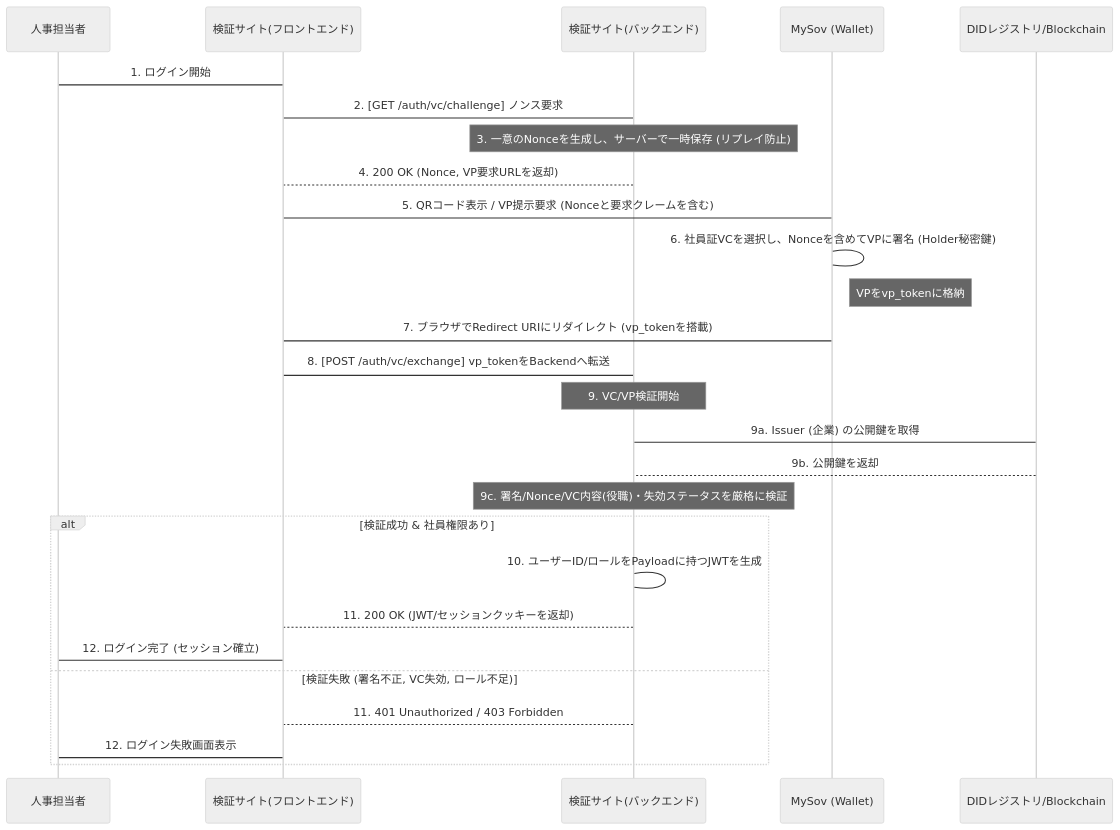
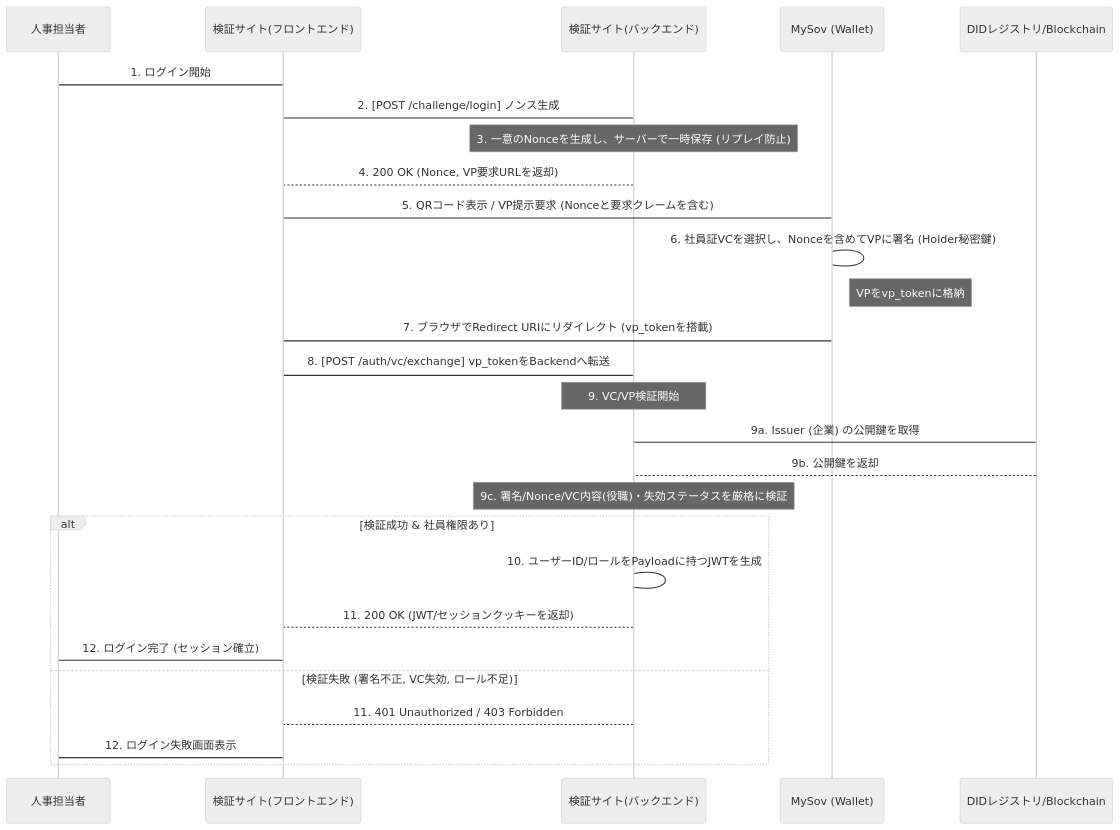
One commit to satoke-dp/sample changed the first of 2 diagrams in README.md. Above: the diagram before and after it, drawn with Mermaid (neutral theme). The commit also changed other lines of this file, not shown here.

````diff
--- a/README.md
+++ b/README.md
@@ -3,37 +3,37 @@
 ```mermaid
 sequenceDiagram
     participant HR as 人事担当者
     participant IssuerFE as 検証サイト(フロントエンド)
     participant IssuerBE as 検証サイト(バックエンド)
     participant MySov as MySov (Wallet)
     participant VDR as DIDレジストリ/Blockchain
 
     HR->IssuerFE: 1. ログイン開始
     
     %% VC検証要求 (Challenge Generation)
-    IssuerFE->IssuerBE: 2. [GET /auth/vc/challenge] ノンス要求
+    IssuerFE->IssuerBE: 2. [POST /challenge/login] ノンス生成
     Note over IssuerBE: 3. 一意のNonceを生成し、サーバーで一時保存 (リプレイ防止)
     IssuerBE-->IssuerFE: 4. 200 OK (Nonce, VP要求URLを返却)
     IssuerFE->MySov: 5. QRコード表示 / VP提示要求 (Nonceと要求クレームを含む)
 
     %% 署名と提示 (VP Presentation)
     MySov->MySov: 6. 社員証VCを選択し、Nonceを含めてVPに署名 (Holder秘密鍵)
     Note right of MySov: VPをvp_tokenに格納
     MySov->IssuerFE: 7. ブラウザでRedirect URIにリダイレクト (vp_tokenを搭載)
     IssuerFE->IssuerBE: 8. [POST /auth/vc/exchange] vp_tokenをBackendへ転送
 
     %% 検証とセッション確立 (Verification & Session Grant)
     Note over IssuerBE: 9. VC/VP検証開始
     IssuerBE->VDR: 9a.  Issuer (企業) の公開鍵を取得
     VDR-->IssuerBE: 9b. 公開鍵を返却
     Note over IssuerBE: 9c. 署名/Nonce/VC内容(役職)・失効ステータスを厳格に検証
 
     alt 検証成功 & 社員権限あり
         IssuerBE->IssuerBE: 10. ユーザーID/ロールをPayloadに持つJWTを生成
         IssuerBE-->IssuerFE: 11. 200 OK (JWT/セッションクッキーを返却)
         IssuerFE->HR: 12. ログイン完了 (セッション確立)
     else 検証失敗 (署名不正, VC失効, ロール不足)
         IssuerBE-->IssuerFE: 11. 401 Unauthorized / 403 Forbidden
         IssuerFE->HR: 12. ログイン失敗画面表示
     end
 ```
````
